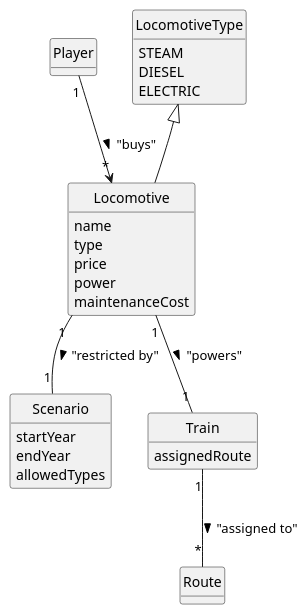
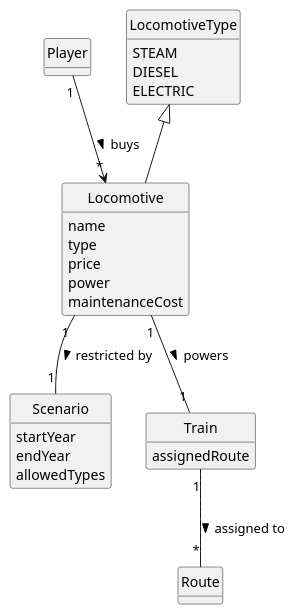
One commit to bruno-monteiro5/sem2-pi-24.25-g132-repo changed the diagram in docs/system-documentation/US009/02.analysis/puml/US009-DM.puml. Above: the diagram before and after it, drawn with PlantUML. The commit also changed 2 other files, not shown here.

```diff
--- a/docs/system-documentation/US009/02.analysis/puml/US009-DM.puml
+++ b/docs/system-documentation/US009/02.analysis/puml/US009-DM.puml
@@ -1,39 +1,39 @@
 @startuml
 skinparam monochrome true
 hide circle
 hide methods
 
 class Player {
 }
 
 class Locomotive {
   name
   type
   price
   power
   maintenanceCost
 }
 
 class Scenario {
   startYear
   endYear
   allowedTypes
 }
 
 class LocomotiveType {
   STEAM
   DIESEL
   ELECTRIC
 }
 
 class Train {
   assignedRoute
 }
 
-Player "1" --> "*" Locomotive : "buys" >
-Locomotive "1" -- "1" Scenario : "restricted by" >
-Locomotive "1" -- "1" Train : "powers" >
+Player "1" --> "*" Locomotive : buys >
+Locomotive "1" -- "1" Scenario : restricted by >
+Locomotive "1" -- "1" Train : powers >
 LocomotiveType <|-- Locomotive
 
-Train "1" -- "*" Route : "assigned to" >
+Train "1" -- "*" Route : assigned to >
 @enduml
```
